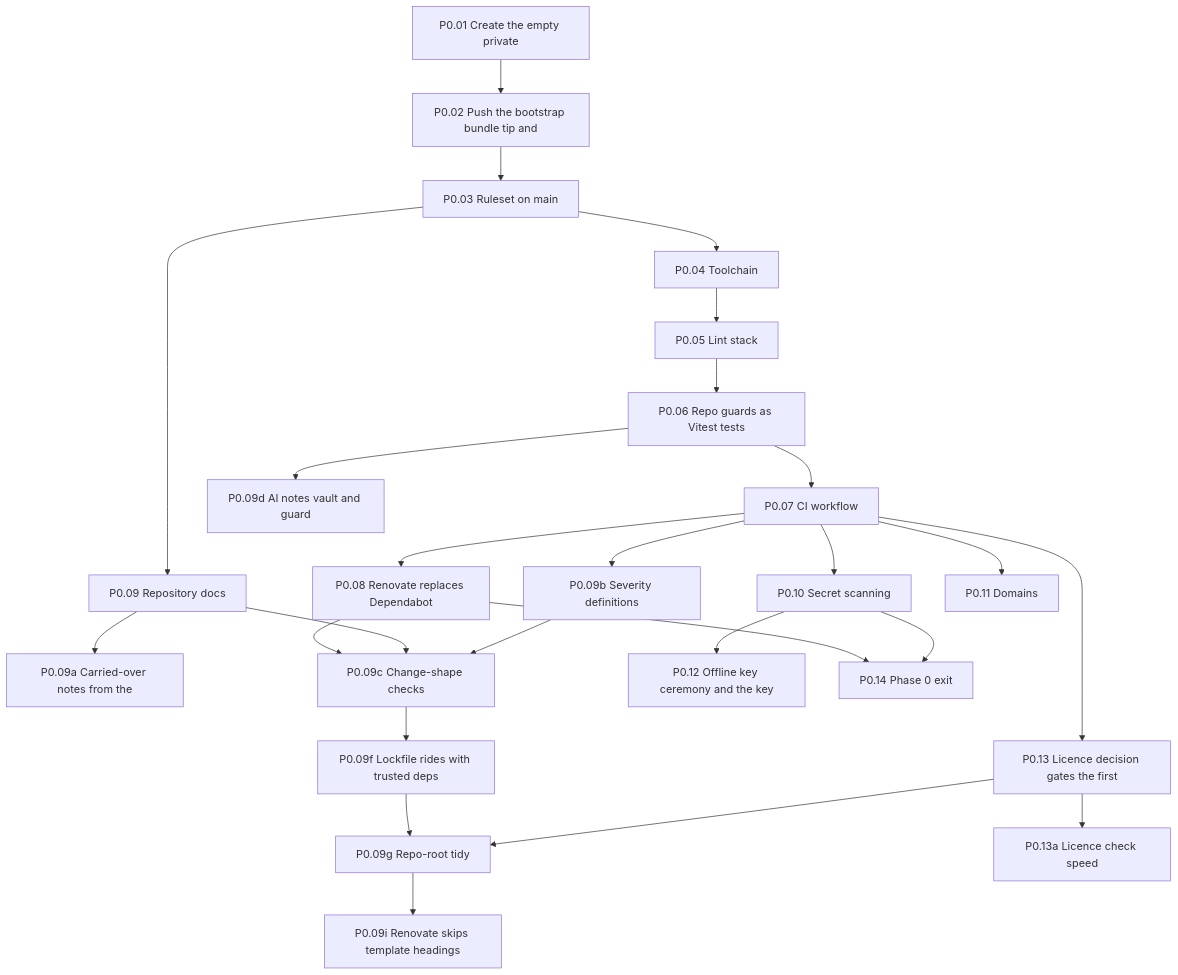
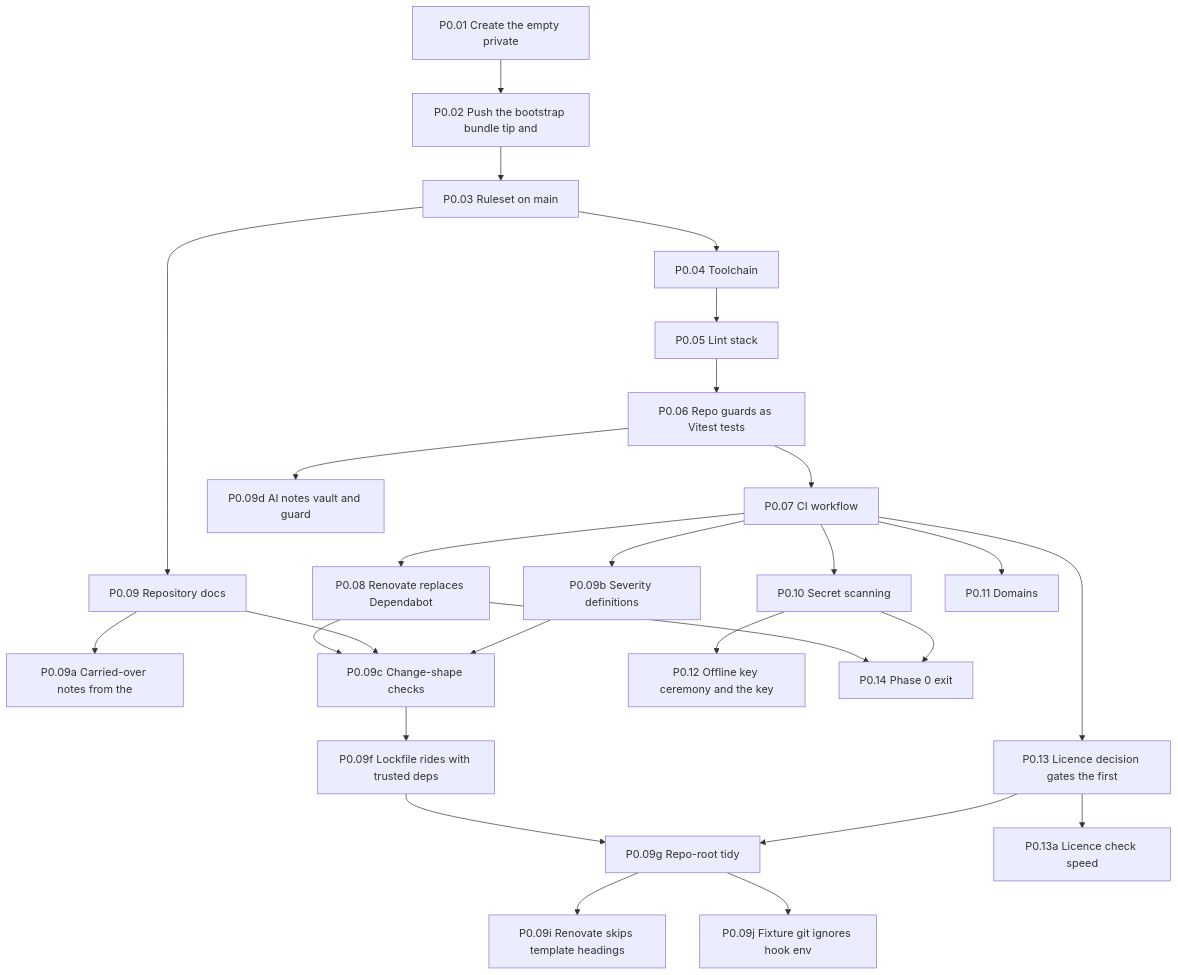
The first of 11 diagrams in docs/ai/book/01-outline.md (Undefined6799/unset), drawn with Mermaid before and after one commit. The commit also changed other lines of this file and 9 other files, not shown here.

````diff
--- a/docs/ai/book/01-outline.md
+++ b/docs/ai/book/01-outline.md
@@ -53,50 +54,52 @@
 ```mermaid
 flowchart TD
   P0_01["P0.01 Create the empty private"]
   P0_02["P0.02 Push the bootstrap bundle tip and"]
   P0_03["P0.03 Ruleset on main"]
   P0_04["P0.04 Toolchain"]
   P0_05["P0.05 Lint stack"]
   P0_06["P0.06 Repo guards as Vitest tests"]
   P0_07["P0.07 CI workflow"]
   P0_08["P0.08 Renovate replaces Dependabot"]
   P0_09["P0.09 Repository docs"]
   P0_09a["P0.09a Carried-over notes from the"]
   P0_09b["P0.09b Severity definitions"]
   P0_09c["P0.09c Change-shape checks"]
   P0_09d["P0.09d AI notes vault and guard"]
   P0_09f["P0.09f Lockfile rides with trusted deps"]
   P0_09g["P0.09g Repo-root tidy"]
   P0_09i["P0.09i Renovate skips template headings"]
+  P0_09j["P0.09j Fixture git ignores hook env"]
   P0_10["P0.10 Secret scanning"]
   P0_11["P0.11 Domains"]
   P0_12["P0.12 Offline key ceremony and the key"]
   P0_13["P0.13 Licence decision gates the first"]
   P0_13a["P0.13a Licence check speed"]
   P0_14["P0.14 Phase 0 exit"]
   P0_01 --> P0_02
   P0_02 --> P0_03
   P0_03 --> P0_04
   P0_04 --> P0_05
   P0_05 --> P0_06
   P0_06 --> P0_07
   P0_07 --> P0_08
   P0_03 --> P0_09
   P0_09 --> P0_09a
   P0_07 --> P0_09b
   P0_08 --> P0_09c
   P0_09 --> P0_09c
   P0_09b --> P0_09c
   P0_06 --> P0_09d
   P0_09c --> P0_09f
   P0_09f --> P0_09g
   P0_13 --> P0_09g
   P0_09g --> P0_09i
+  P0_09g --> P0_09j
   P0_07 --> P0_10
   P0_07 --> P0_11
   P0_10 --> P0_12
   P0_07 --> P0_13
   P0_13 --> P0_13a
   P0_08 --> P0_14
   P0_10 --> P0_14
 ```
````
